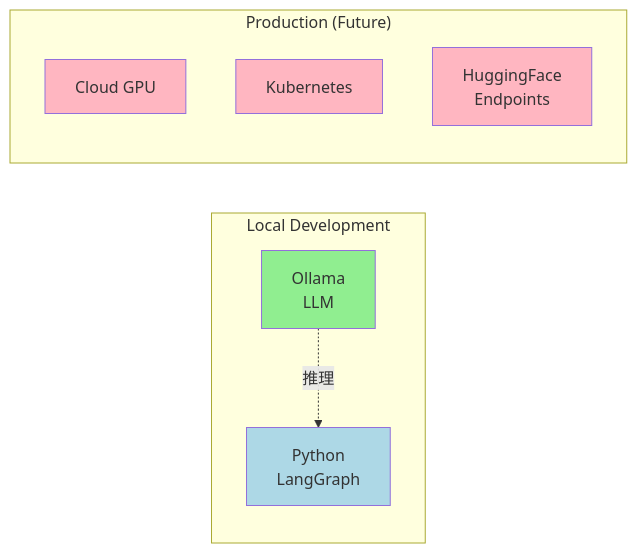
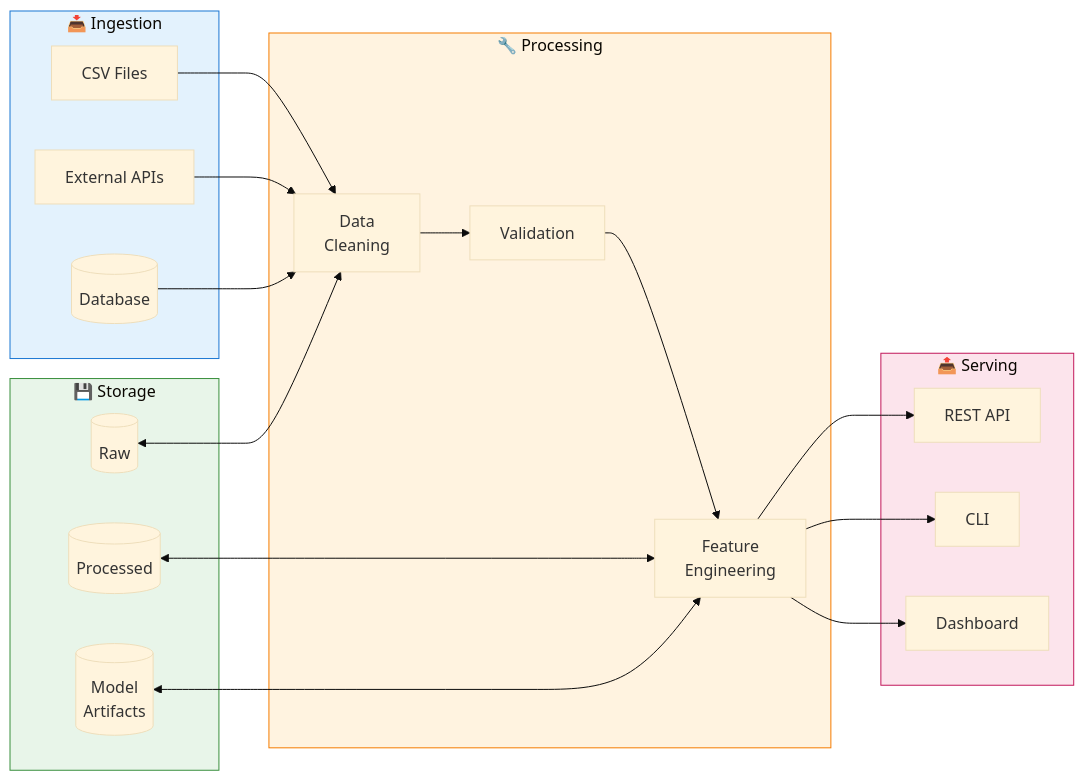
One commit to project-merlin-00/cysmic-fuel-forecasting changed the fifth of 5 diagrams in docs/architecture.md. Above: the diagram before and after it, drawn with Mermaid. The commit also changed other lines of this file, not shown here.

Commit message:
Update architecture diagrams with styled Mermaid

````diff
--- a/docs/architecture.md
+++ b/docs/architecture.md
@@ -177,21 +167,47 @@
 ```mermaid
+%%{init: {'theme': 'base'}}%%
 flowchart LR
-    subgraph "Local Development"
-        Ollama[Ollama<br/>LLM]
-        Python[Python<br/>LangGraph]
+    subgraph Ingest["📥 Ingestion"]
+        CSV[CSV Files]
+        API[External APIs]
+        DB[(Database)]
     end
     
-    subgraph "Production (Future)"
-        Cloud[Cloud GPU]
-        K8s[Kubernetes]
-        HF[HuggingFace<br/>Endpoints]
+    subgraph Process["🔧 Processing"]
+        Clean[Data<br/>Cleaning]
+        Validate[Validation]
+        Feature[Feature<br/>Engineering]
     end
     
-    Ollama -.->|推理| Python
+    subgraph Store["💾 Storage"]
+        Raw[(Raw)]
+        Processed[(Processed)]
+        Models[(Model<br/>Artifacts)]
+    end
     
-    style Ollama fill:#90EE90
-    style Python fill:#ADD8E6
-    style Cloud fill:#FFB6C1
-    style K8s fill:#FFB6C1
-    style HF fill:#FFB6C1
+    subgraph Serve["📤 Serving"]
+        API_S[REST API]
+        CLI_S[CLI]
+        Dashboard_S[Dashboard]
+    end
+    
+    CSV --> Clean
+    API --> Clean
+    DB --> Clean
+    
+    Clean --> Validate
+    Validate --> Feature
+    
+    Raw <--> Clean
+    Processed <--> Feature
+    Models <--> Feature
+    
+    Feature --> API_S
+    Feature --> CLI_S
+    Feature --> Dashboard_S
+    
+    style Ingest fill:#e3f2fd,stroke:#1976d2
+    style Process fill:#fff3e0,stroke:#f57c00
+    style Store fill:#e8f5e9,stroke:#388e3c
+    style Serve fill:#fce4ec,stroke:#c2185b
 ```
````
